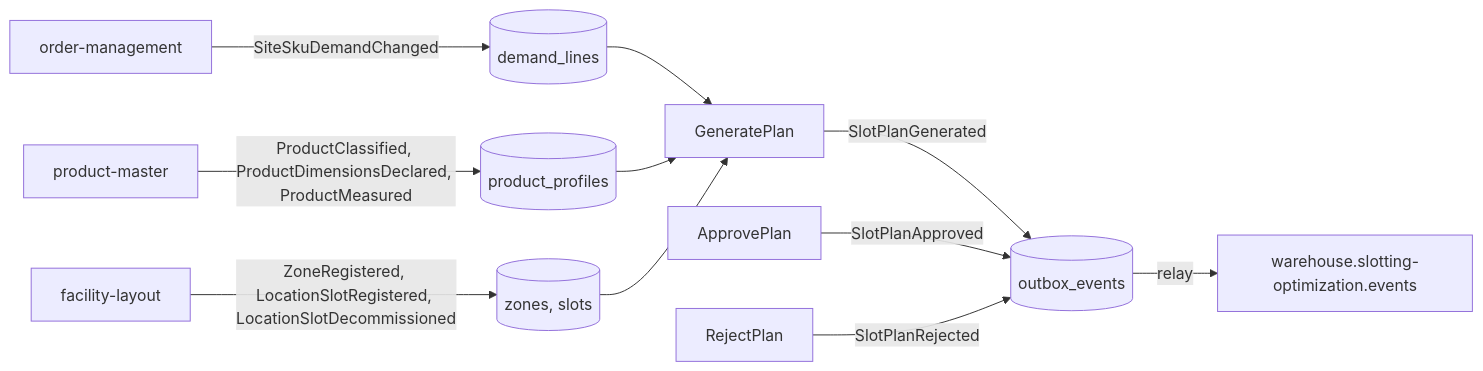
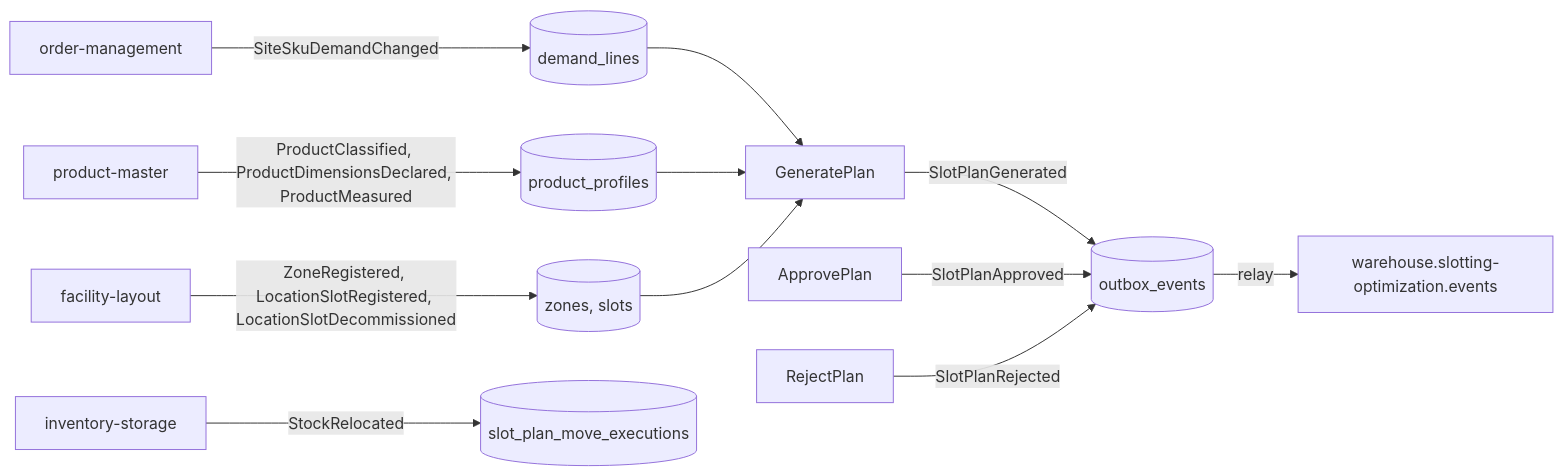
Before and after one commit to IQVO/slotting-optimization: the diagram in docs/docs/ddd/domain-events.md, drawn with Mermaid. The commit also changed other lines of this file and 30 other files, not shown here.

````diff
--- a/docs/docs/ddd/domain-events.md
+++ b/docs/docs/ddd/domain-events.md
@@ -123,13 +143,14 @@
 ```mermaid
 flowchart LR
     om["order-management"] -->|SiteSkuDemandChanged| d[("demand_lines")]
     pm["product-master"] -->|"ProductClassified, ProductDimensionsDeclared, ProductMeasured"| p[("product_profiles")]
     fl["facility-layout"] -->|"ZoneRegistered, LocationSlotRegistered, LocationSlotDecommissioned"| s[("zones, slots")]
     d --> gen["GeneratePlan"]
     p --> gen
     s --> gen
+    is["inventory-storage"] -->|StockRelocated| x[("slot_plan_move_executions")]
     gen -->|SlotPlanGenerated| ob[("outbox_events")]
     ap["ApprovePlan"] -->|SlotPlanApproved| ob
     rj["RejectPlan"] -->|SlotPlanRejected| ob
     ob -->|relay| t["warehouse.slotting-optimization.events"]
 ```
````
